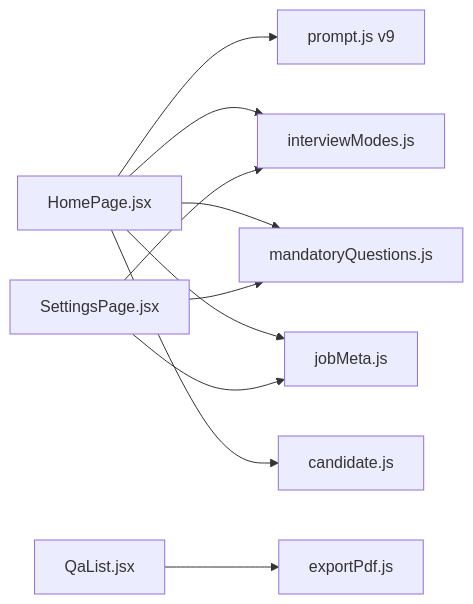
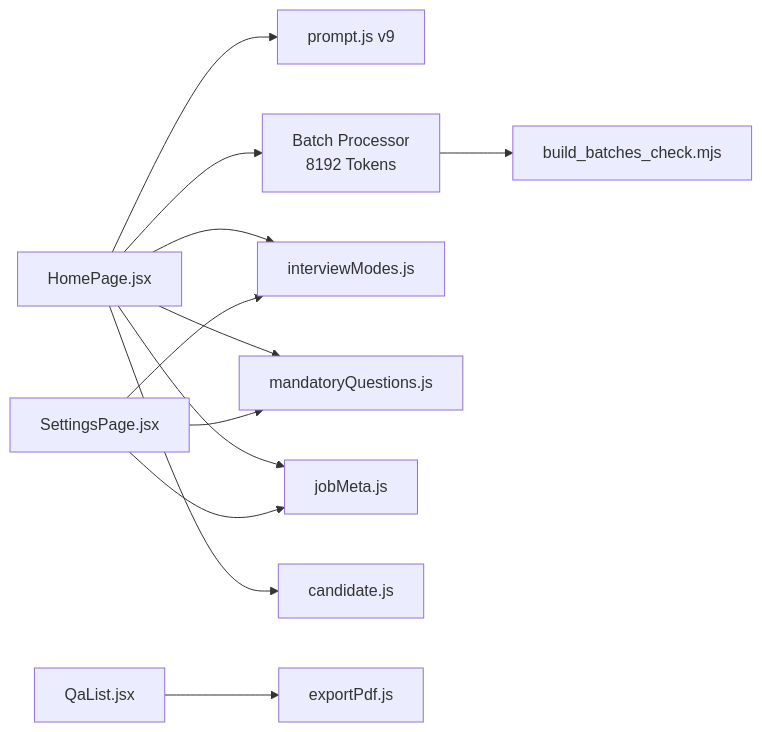
One commit to zmyeo54/briefroom changed the seventh of 7 diagrams in .qoder/repowiki/en/content/Core Features/Interview Question Generator/Interview Question Generator.md. Above: the diagram before and after it, drawn with Mermaid. The commit also changed other lines of this file and 13 other files, not shown here.

Commit message:
Remove obsolete files related to the LineCheck React + Vite Web App and add new documentation for Tailwind CSS v4 with custom design tokens and glass-morphism UI. Update index.yaml with the latest export timestamp.

````diff
--- a/.qoder/repowiki/en/content/Core Features/Interview Question Generator/Interview Question Generator.md
+++ b/.qoder/repowiki/en/content/Core Features/Interview Question Generator/Interview Question Generator.md
@@ -364,12 +425,14 @@
 ```mermaid
 graph LR
 HP["HomePage.jsx"] --> PR["prompt.js v9"]
+HP --> BP["Batch Processor<br/>8192 Tokens"]
 HP --> IM["interviewModes.js"]
 HP --> MQ["mandatoryQuestions.js"]
 HP --> JM["jobMeta.js"]
 HP --> CD["candidate.js"]
 QL["QaList.jsx"] --> EP["exportPdf.js"]
 SP["SettingsPage.jsx"] --> MQ
 SP --> IM
 SP --> JM
+BP --> BC["build_batches_check.mjs"]
 ```
````
